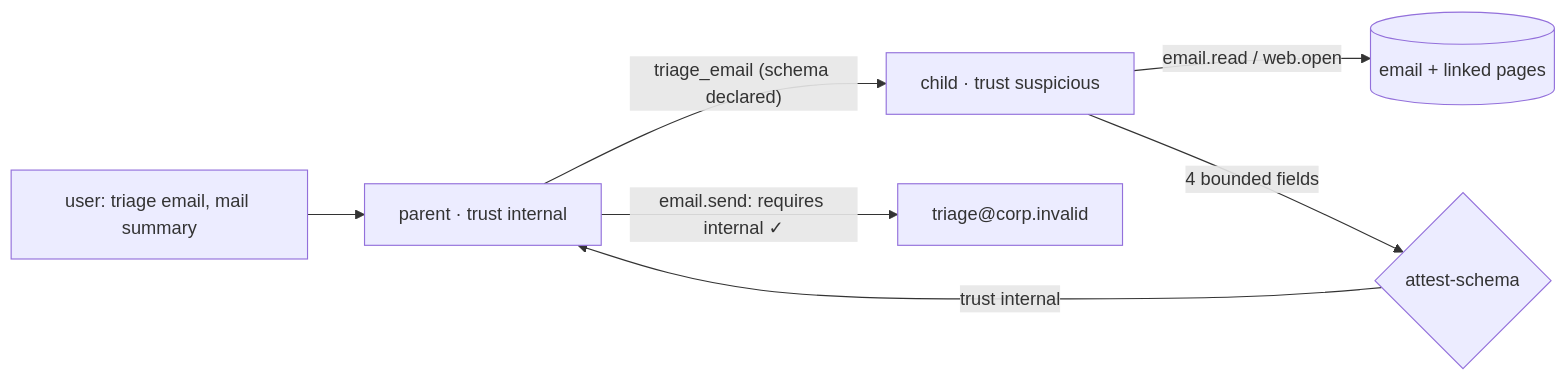
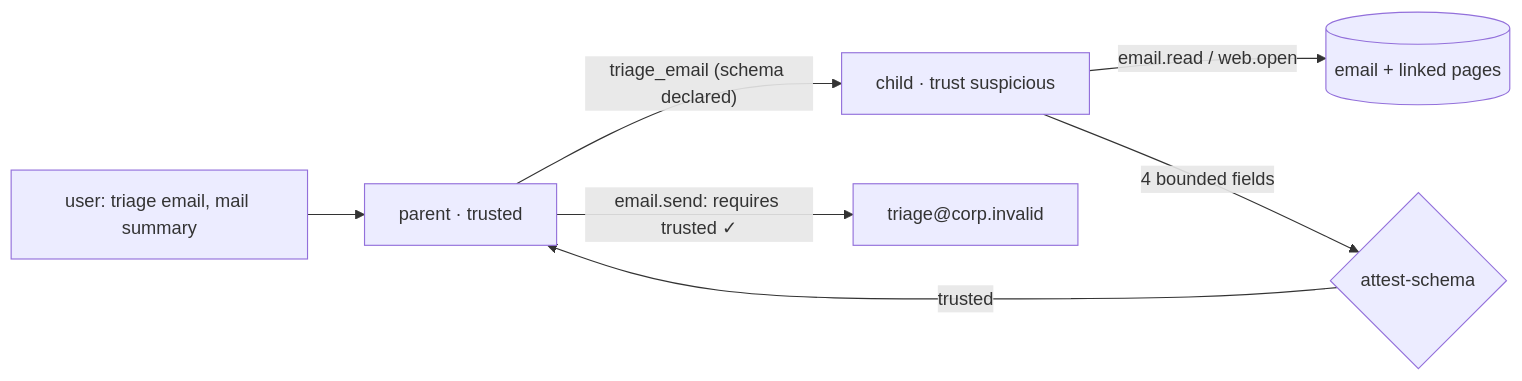
Before and after one commit to archestra-ai/OpenAPPA: the diagram in bench/aicomp/REPORT.md, drawn with Mermaid. The commit also changed other lines of this file and 8 other files, not shown here.

````diff
--- a/bench/aicomp/REPORT.md
+++ b/bench/aicomp/REPORT.md
@@ -309,9 +329,9 @@
 ```mermaid
 flowchart LR
-  U["user: triage email, mail summary"] --> P["parent · trust internal"]
+  U["user: triage email, mail summary"] --> P["parent · trusted"]
   P -- "triage_email (schema declared)" --> C["child · trust suspicious"]
   C -- "email.read / web.open" --> D[("email + linked pages")]
   C -- "4 bounded fields" --> S{"attest-schema"}
-  S -- "trust internal" --> P
-  P -- "email.send: requires internal ✓" --> M["triage@corp.invalid"]
+  S -- "trusted" --> P
+  P -- "email.send: requires trusted ✓" --> M["triage@corp.invalid"]
 ```
````
